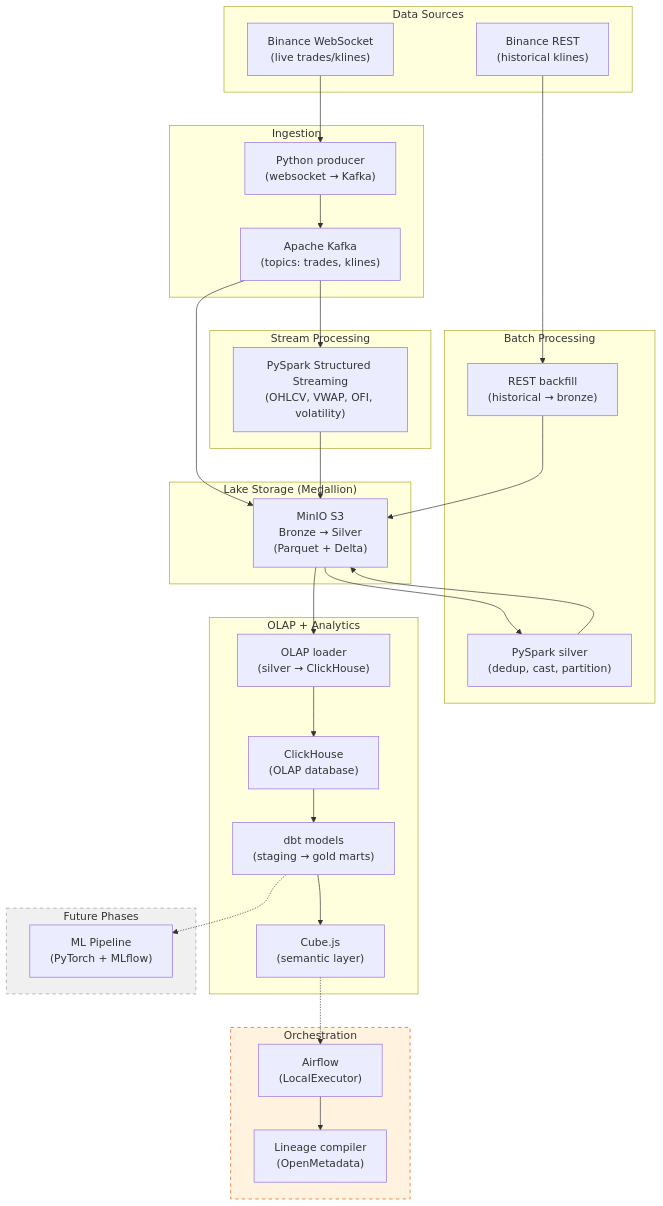
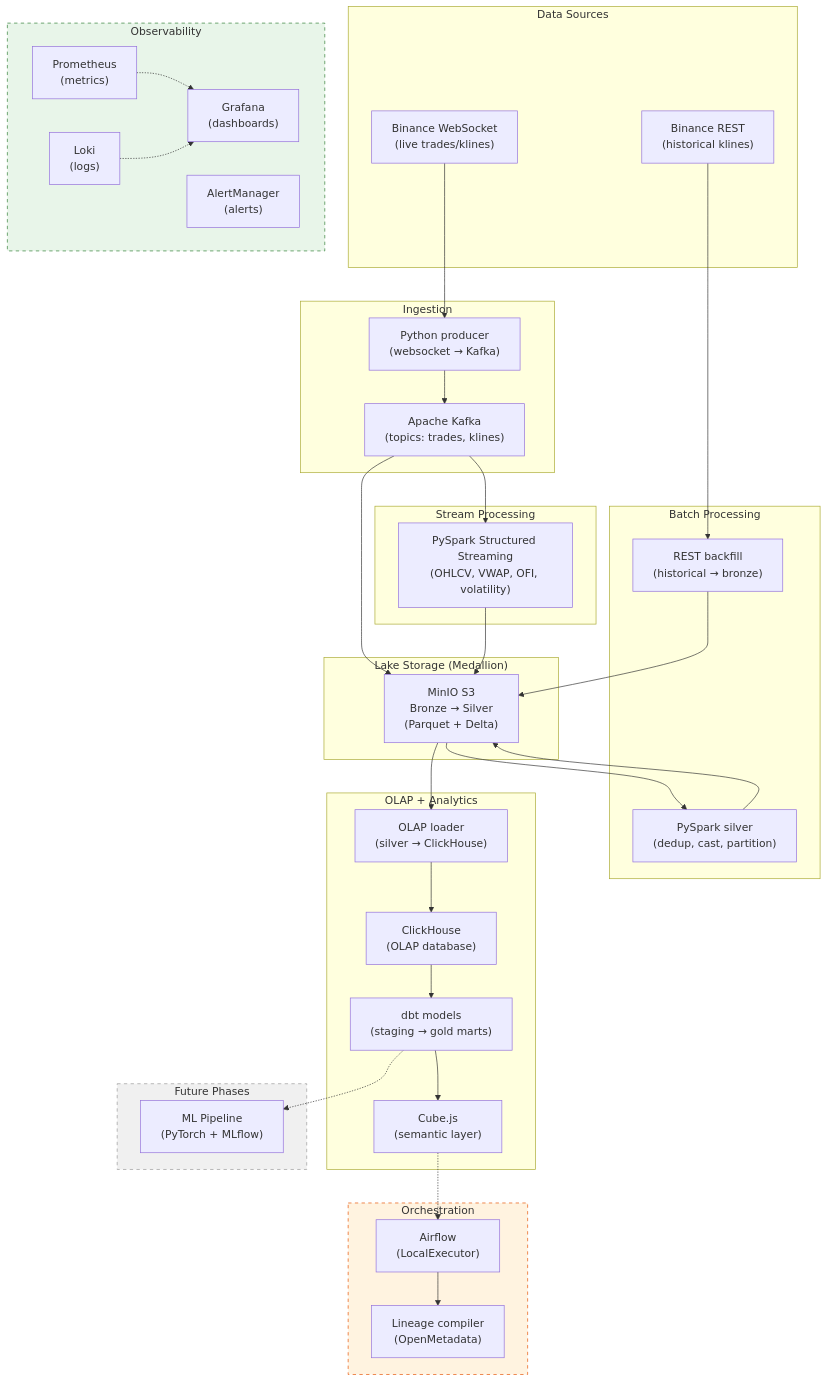
The diagram in docs/index.md (weecici/project-x), drawn with Mermaid before and after one commit. The commit also changed other lines of this file and 8 other files, not shown here.

````diff
--- a/docs/index.md
+++ b/docs/index.md
@@ -48,60 +48,71 @@
 ```mermaid
 flowchart TB
     subgraph SRC["Data Sources"]
         WS["Binance WebSocket\n(live trades/klines)"]
         REST["Binance REST\n(historical klines)"]
     end
 
     subgraph INGEST["Ingestion"]
         PROD["Python producer\n(websocket → Kafka)"]
         KAFKA["Apache Kafka\n(topics: trades, klines)"]
     end
 
     subgraph BATCH["Batch Processing"]
         BACKFILL["REST backfill\n(historical → bronze)"]
         SPARK["PySpark silver\n(dedup, cast, partition)"]
     end
 
     subgraph STREAM["Stream Processing"]
         SPARK_STREAM["PySpark Structured Streaming\n(OHLCV, VWAP, OFI, volatility)"]
     end
 
     subgraph LAKE["Lake Storage (Medallion)"]
         S3["MinIO S3\nBronze → Silver\n(Parquet + Delta)"]
     end
 
     subgraph OLAP["OLAP + Analytics"]
         LOADER["OLAP loader\n(silver → ClickHouse)"]
         CH["ClickHouse\n(OLAP database)"]
         DBT["dbt models\n(staging → gold marts)"]
         CUBE["Cube.js\n(semantic layer)"]
     end
 
     subgraph ORCH["Orchestration"]
         AIRFLOW["Airflow\n(LocalExecutor)"]
         LINEAGE["Lineage compiler\n(OpenMetadata)"]
     end
 
+    subgraph OBS["Observability"]
+        PROM["Prometheus\n(metrics)"]
+        GRAF["Grafana\n(dashboards)"]
+        LOKI["Loki\n(logs)"]
+        ALERT["AlertManager\n(alerts)"]
+    end
+
     subgraph FUTURE["Future Phases"]
         ML["ML Pipeline\n(PyTorch + MLflow)"]
     end
 
     WS --> PROD --> KAFKA
     KAFKA --> S3
     KAFKA --> SPARK_STREAM
     REST --> BACKFILL --> S3
     S3 --> SPARK --> S3
     SPARK_STREAM --> S3
 
     S3 --> LOADER --> CH
     CH --> DBT
     DBT --> CUBE
 
     CUBE -.-> AIRFLOW
     AIRFLOW --> LINEAGE
 
     DBT -.-> ML
 
+    PROM -.-> GRAF
+    LOKI -.-> GRAF
+
     style FUTURE fill:#f0f0f0,stroke:#999,stroke-dasharray: 5 5
     style ORCH fill:#fff3e0,stroke:#e65100,stroke-dasharray: 5 5
+    style OBS fill:#e8f5e9,stroke:#2e7d32,stroke-dasharray: 5 5
 ```
````
